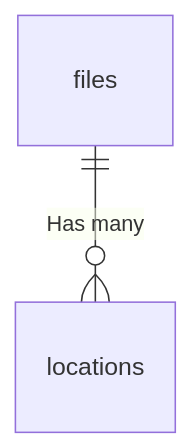
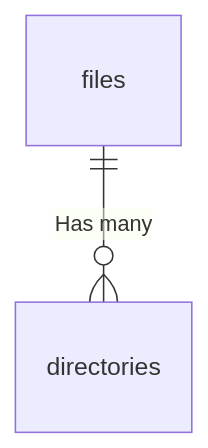
Before and after one commit to hawks-atlanta/docs: the fourth of 4 diagrams in Database.md, drawn with Mermaid.

Commit message:
docs(database): Update metadata "Relations" diagram

````diff
--- a/Database.md
+++ b/Database.md
@@ -98,4 +98,4 @@
 ```mermaid
 erDiagram
-	files     ||--o{ locations: "Has many"
+	files     ||--o{ directories: "Has many"
 ```
````
